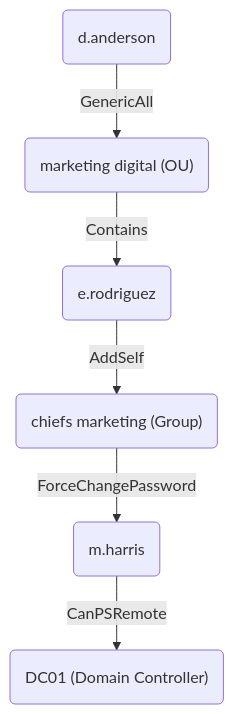
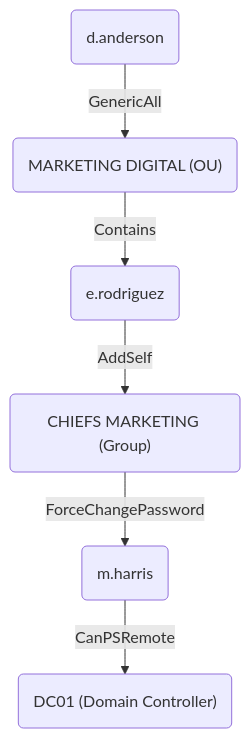
One commit to joetanx/ctf changed the diagram in machines/infiltrator.md. Above: the diagram before and after it, drawn with Mermaid. The commit also changed other lines of this file, not shown here.

````diff
--- a/machines/infiltrator.md
+++ b/machines/infiltrator.md
@@ -677,8 +677,8 @@
 ```mermaid
 flowchart TD
-  A(d.anderson) -->|GenericAll| B("marketing digital (OU)")
+  A(d.anderson) -->|GenericAll| B("MARKETING DIGITAL (OU)")
   B -->|Contains| C(e.rodriguez)
-  C -->|AddSelf| D("chiefs marketing (Group)")
+  C -->|AddSelf| D("CHIEFS MARKETING (Group)")
   D -->|ForceChangePassword| E("m.harris")
   E -->|CanPSRemote| F("DC01 (Domain Controller)")
 ```
````
